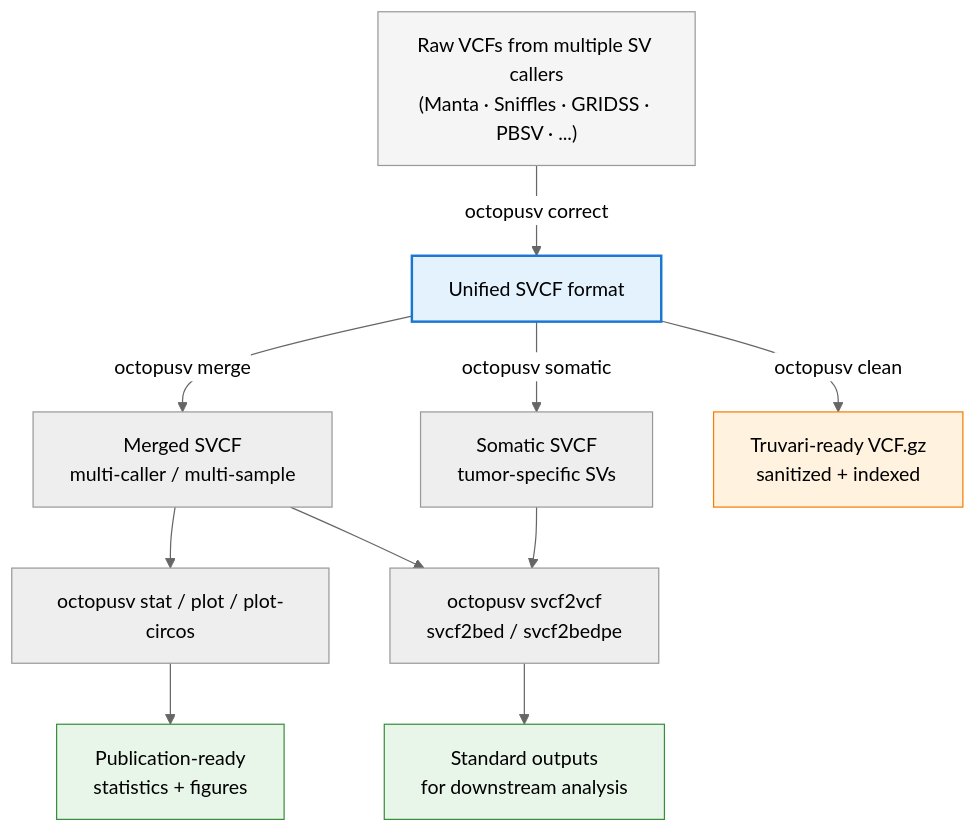
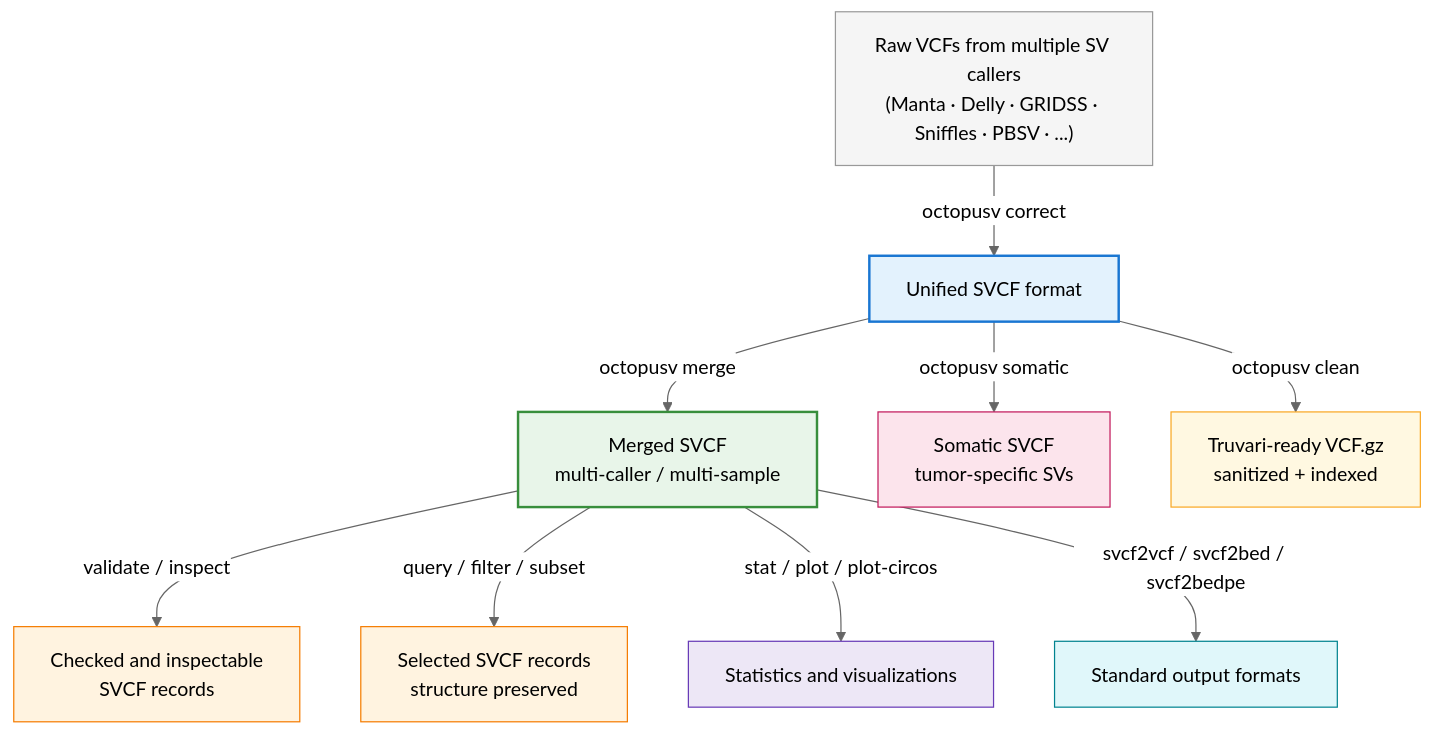
Before and after one commit to ylab-hi/OctopuSV: the diagram in README.md, drawn with Mermaid (neutral theme). The commit also changed other lines of this file and 4 other files, not shown here.

````diff
--- a/README.md
+++ b/README.md
@@ -57,18 +85,21 @@
 ```mermaid
 flowchart TD
-    A["Raw VCFs from multiple SV callers<br/>(Manta · Sniffles · GRIDSS · PBSV · ...)"] -->|octopusv correct| B["Unified SVCF format"]
+    A["Raw VCFs from multiple SV callers<br/>(Manta · Delly · GRIDSS · Sniffles · PBSV · ...)"] -->|octopusv correct| B["Unified SVCF format"]
     B -->|octopusv merge| C["Merged SVCF<br/>multi-caller / multi-sample"]
-    B -->|octopusv somatic| D["Somatic SVCF<br/>tumor-specific SVs"]
-    B -->|octopusv clean| E["Truvari-ready VCF.gz<br/>sanitized + indexed"]
-    C --> F["octopusv stat / plot / plot-circos"]
-    C --> G["octopusv svcf2vcf<br/>svcf2bed / svcf2bedpe"]
-    D --> G
-    F --> H["Publication-ready<br/>statistics + figures"]
-    G --> I["Standard outputs<br/>for downstream analysis"]
+    C -->|validate / inspect| D["Checked and inspectable<br/>SVCF records"]
+    C -->|query / filter / subset| E["Selected SVCF records<br/>structure preserved"]
+    C -->|stat / plot / plot-circos| F["Statistics and visualizations"]
+    C -->|svcf2vcf / svcf2bed / svcf2bedpe| G["Standard output formats"]
+    B -->|octopusv somatic| H["Somatic SVCF<br/>tumor-specific SVs"]
+    B -->|octopusv clean| I["Truvari-ready VCF.gz<br/>sanitized + indexed"]
 
     style A fill:#f5f5f5,stroke:#999
     style B fill:#e3f2fd,stroke:#1976d2,stroke-width:2px
+    style C fill:#e8f5e9,stroke:#388e3c,stroke-width:2px
+    style D fill:#fff3e0,stroke:#f57c00
     style E fill:#fff3e0,stroke:#f57c00
-    style H fill:#e8f5e9,stroke:#388e3c
-    style I fill:#e8f5e9,stroke:#388e3c
+    style F fill:#ede7f6,stroke:#673ab7
+    style G fill:#e0f7fa,stroke:#00838f
+    style H fill:#fce4ec,stroke:#c2185b
+    style I fill:#fff8e1,stroke:#f9a825
 ```
````
